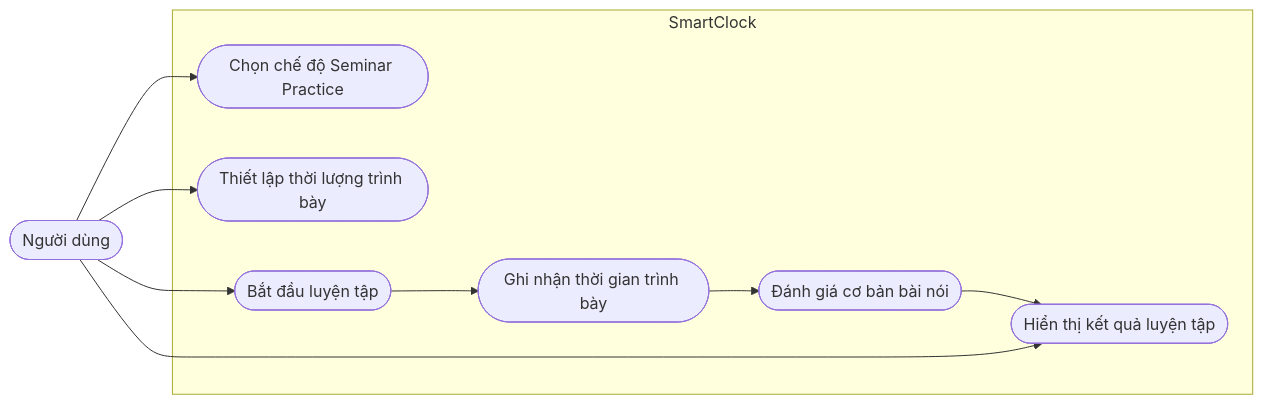
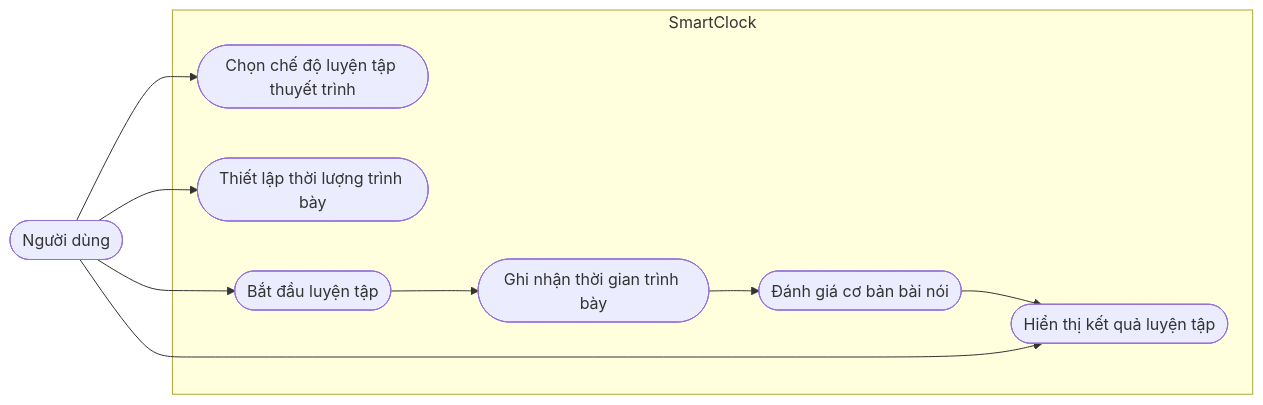
One commit to Computer-Vision-HCMUS/AIoT-Server changed the fifth of 12 diagrams in docs/Spectification/SmartClock/03_Objectives.md. Above: the diagram before and after it, drawn with Mermaid. The commit also changed other lines of this file, not shown here.

First line of the commit message:
add objective 1 work flows

````diff
--- a/docs/Spectification/SmartClock/03_Objectives.md
+++ b/docs/Spectification/SmartClock/03_Objectives.md
@@ -150,21 +212,21 @@
 ```mermaid
 flowchart LR
     User([Người dùng])
 
     subgraph SmartClock["SmartClock"]
-        UC1([Chọn chế độ Seminar Practice])
+        UC1([Chọn chế độ luyện tập thuyết trình])
         UC2([Thiết lập thời lượng trình bày])
         UC3([Bắt đầu luyện tập])
         UC4([Ghi nhận thời gian trình bày])
         UC5([Đánh giá cơ bản bài nói])
         UC6([Hiển thị kết quả luyện tập])
     end
 
     User --> UC1
     User --> UC2
     User --> UC3
     UC3 --> UC4
     UC4 --> UC5
     UC5 --> UC6
     User --> UC6
 ```
````
